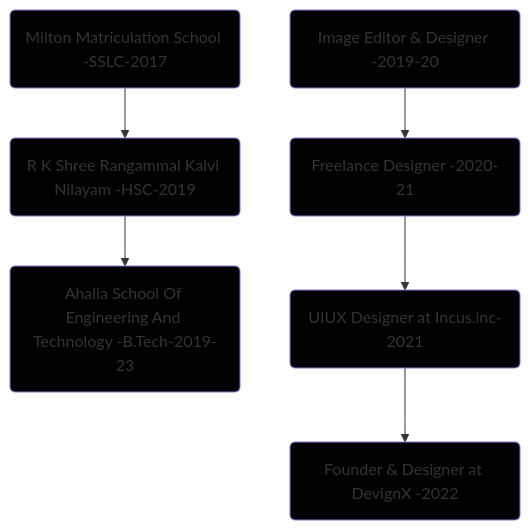
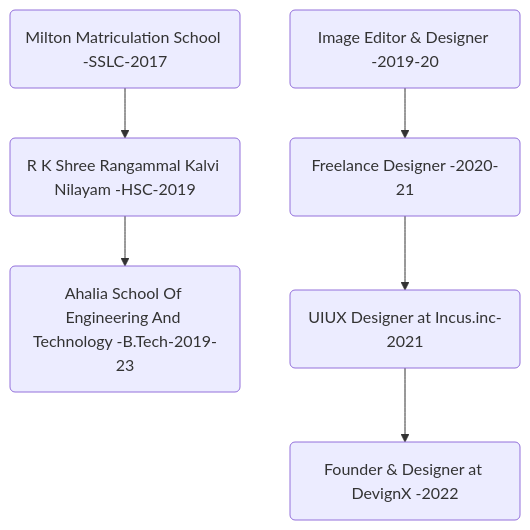
The diagram in README.md (hariprasd/hariprasd), drawn with Mermaid before and after one commit. The commit also changed other lines of this file, not shown here.

````diff
--- a/README.md
+++ b/README.md
@@ -53,9 +50,9 @@
 ```mermaid
 graph TD;
     A(Milton Matriculation School -SSLC-2017):::fb -->B(R K Shree Rangammal Kalvi Nilayam -HSC-2019):::fb;
     B(R K Shree Rangammal Kalvi Nilayam -HSC-2019):::fb-->C(Ahalia School Of Engineering And Technology -B.Tech-2019-23):::fb;
     D(Image Editor & Designer -2019-20):::fb-->E(Freelance Designer -2020-21):::fb;
     E(Freelance Designer -2020-21):::fb-->F(UIUX Designer at Incus.inc-2021):::fb;
     F(UIUX Designer at Incus.inc-2021):::fb-->G(Founder & Designer at DevignX -2022):::fb;
-    classDef fb fill:#000
+    classDef fb fill:##808080
 ```
````
